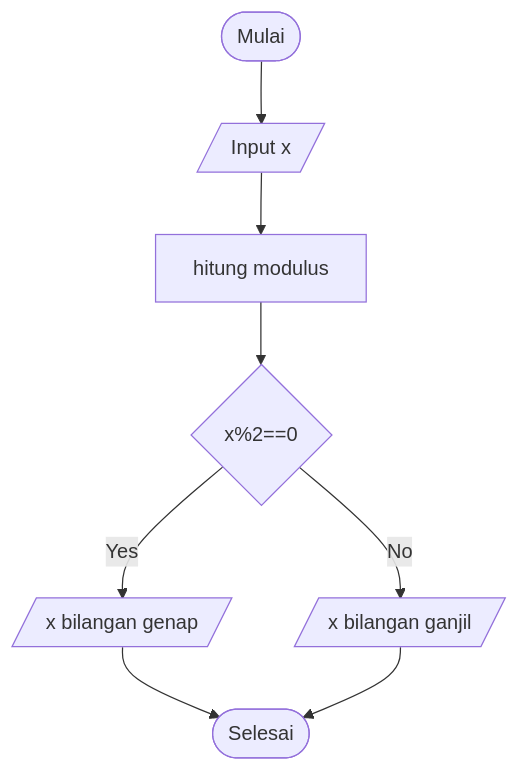
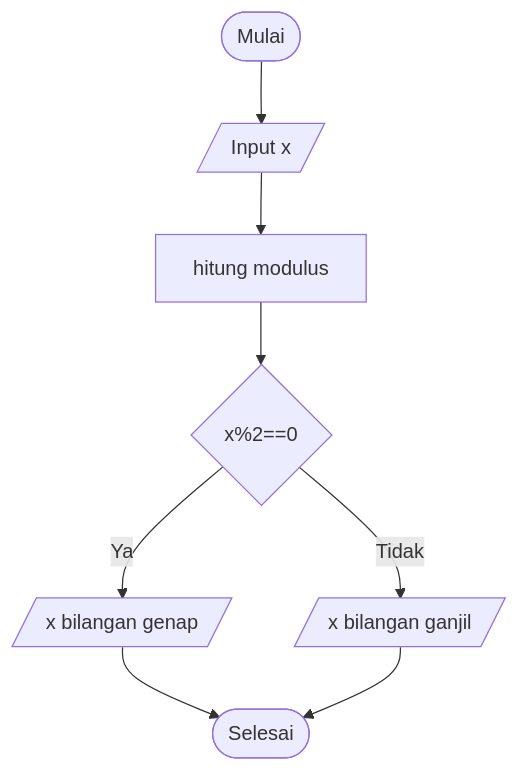
Before and after one commit to mslthn/koda-b6-algoritma: the diagram in flowchart-ganjil-genap.md, drawn with Mermaid.

````diff
--- a/flowchart-ganjil-genap.md
+++ b/flowchart-ganjil-genap.md
@@ -1,14 +1,14 @@
 ```mermaid
 flowchart TD
     mulai@{ shape: stadium, label: "Mulai"}
     input@{ shape: lean-r, label: "Input x"}
-    pr@{ shape: rect, label: "hitung modulus"}
-    gg@{ shape: diamond, label: "x%2==0"}
-    jgan@{ shape: lean-r, label: "x bilangan ganjil"}
-    jgen@{ shape: lean-r, label: "x bilangan genap"}
+    proses@{ shape: rect, label: "hitung modulus"}
+    ifG@{ shape: diamond, label: "x%2==0"}
+    ganjil@{ shape: lean-r, label: "x bilangan ganjil"}
+    genap@{ shape: lean-r, label: "x bilangan genap"}
     selesai@{ shape: stadium, label: "Selesai"}
 
-mulai-->input-->pr-->gg
-gg-->|Yes| jgen-->selesai
-gg-->|No| jgan-->selesai
+mulai-->input-->proses-->ifG
+ifG-->|Ya| genap-->selesai
+ifG-->|Tidak| ganjil-->selesai
 ```
````
